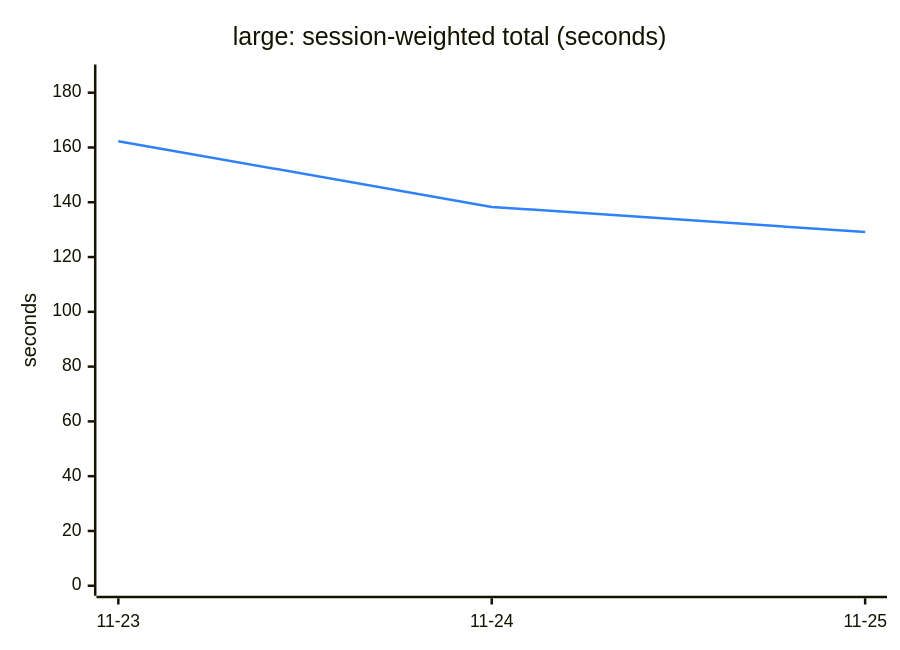
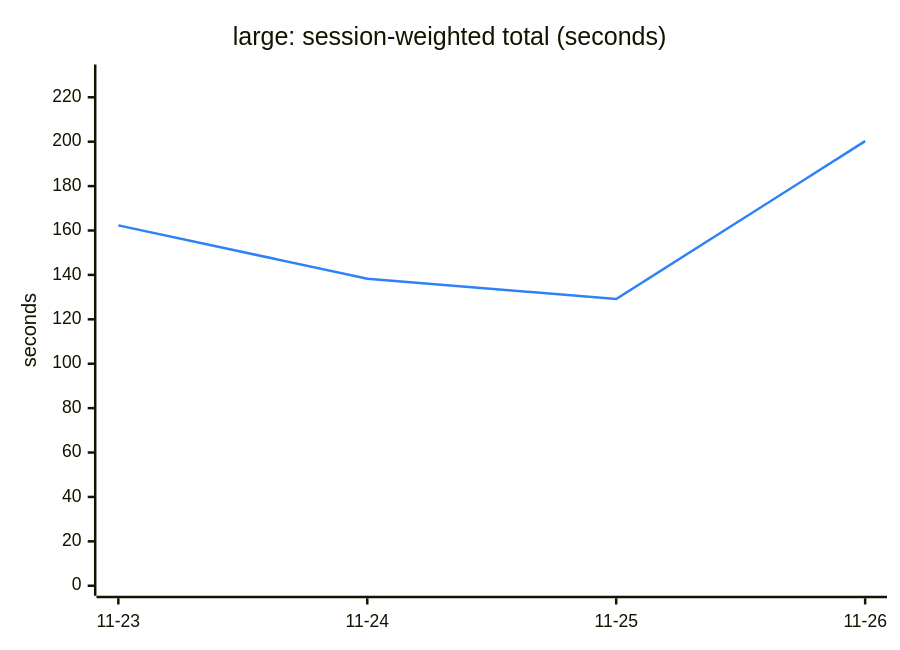
The second of 6 diagrams in TREND.md (engalar/mxcli), drawn with Mermaid before and after one commit. The commit also changed other lines of this file and 2 other files, not shown here.

````diff
--- a/TREND.md
+++ b/TREND.md
@@ -48,13 +48,13 @@
 ```mermaid
 ---
 config:
   themeVariables:
     xyChart:
       plotColorPalette: "#2f81f7"
 ---
 xychart-beta
     title "large: session-weighted total (seconds)"
-    x-axis ["11-23", "11-24", "11-25"]
-    y-axis "seconds" 0 --> 186.64
-    line [162.30, 138.30, 129.15]
+    x-axis ["11-23", "11-24", "11-25", "11-26"]
+    y-axis "seconds" 0 --> 230.26
+    line [162.30, 138.30, 129.15, 200.23]
 ```
````
